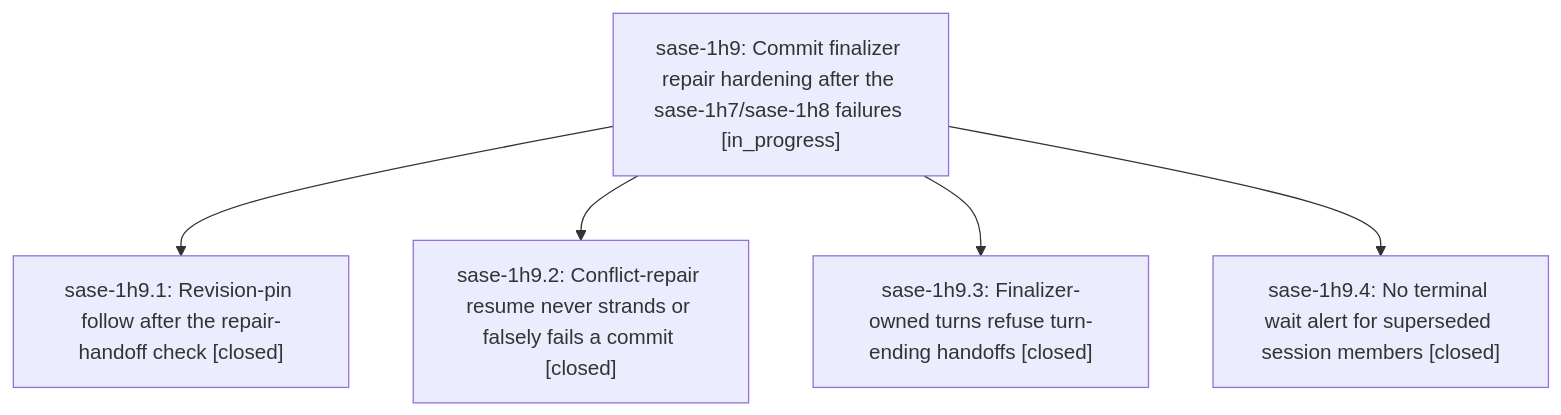
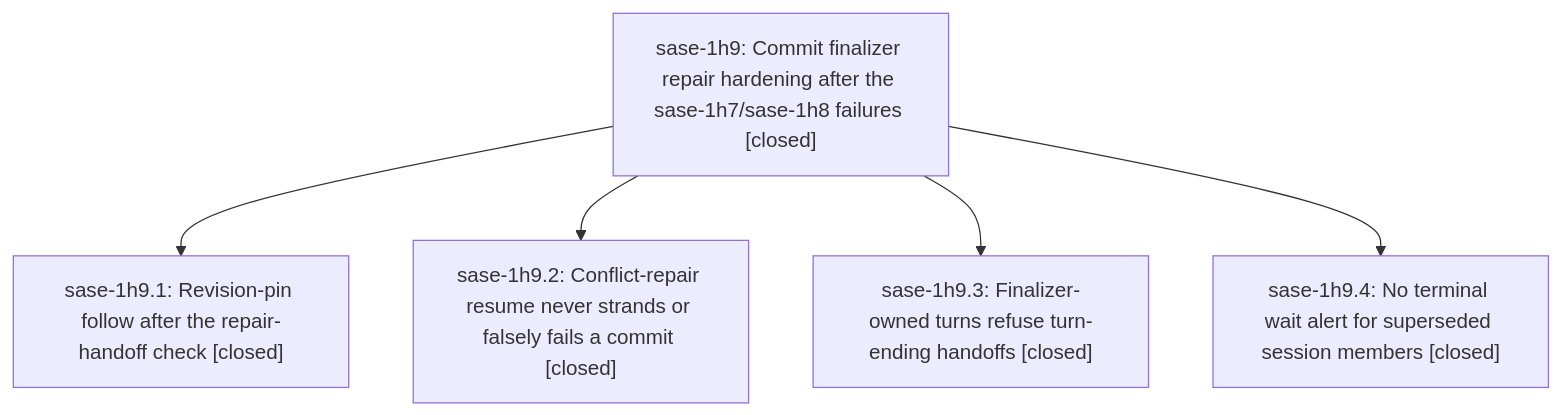
The diagram in pages/sase-1h9/README.md (sase-org/sase--beads), drawn with Mermaid before and after one commit. The commit also changed other lines of this file and 1 other file, not shown here.

First line of the commit message:
chore(beads): sync bead state and pages for sase-1h9

````diff
--- a/pages/sase-1h9/README.md
+++ b/pages/sase-1h9/README.md
@@ -25,12 +47,12 @@
 ```mermaid
 flowchart TD
-    n0["sase-1h9: Commit finalizer repair hardening after the sase-1h7/sase-1h8 failures [in_progress]"]
+    n0["sase-1h9: Commit finalizer repair hardening after the sase-1h7/sase-1h8 failures [closed]"]
     n1["sase-1h9.1: Revision-pin follow after the repair-handoff check [closed]"]
     n2["sase-1h9.2: Conflict-repair resume never strands or falsely fails a commit [closed]"]
     n3["sase-1h9.3: Finalizer-owned turns refuse turn-ending handoffs [closed]"]
     n4["sase-1h9.4: No terminal wait alert for superseded session members [closed]"]
     n0 --> n1
     n0 --> n2
     n0 --> n3
     n0 --> n4
 ```
````
